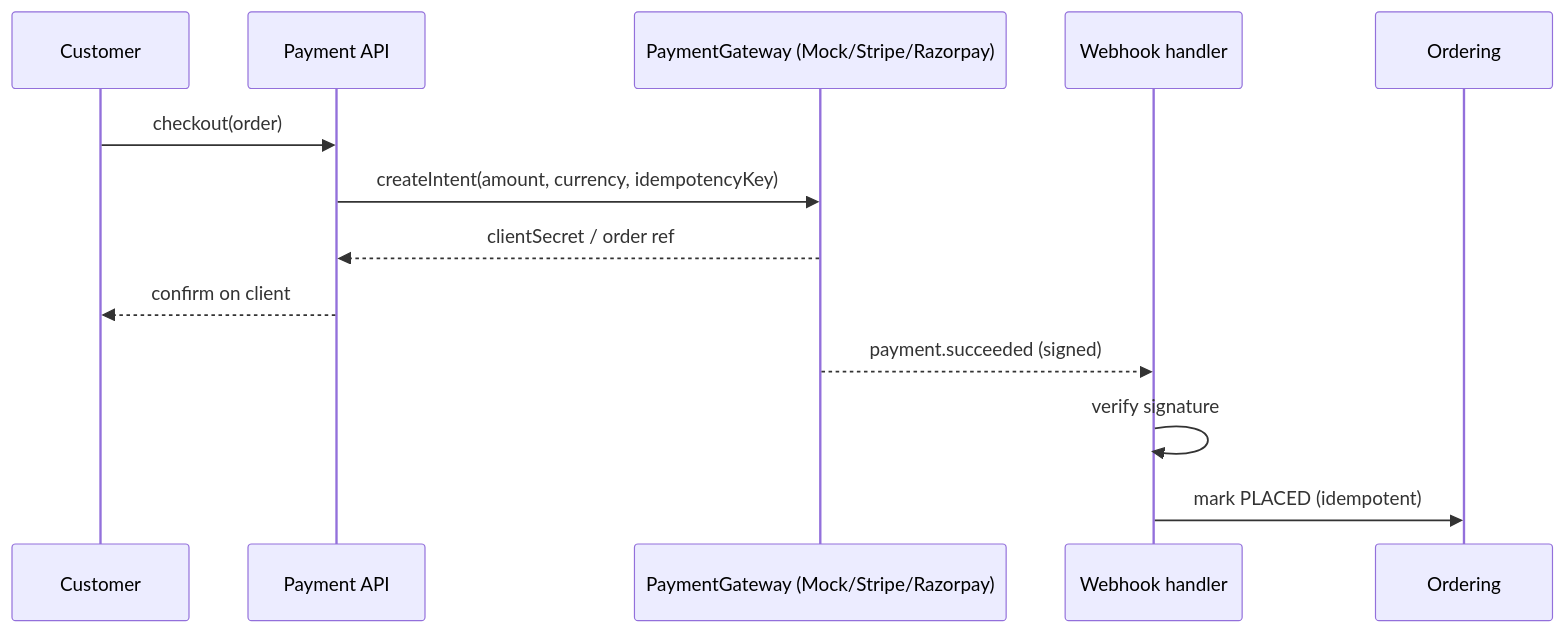
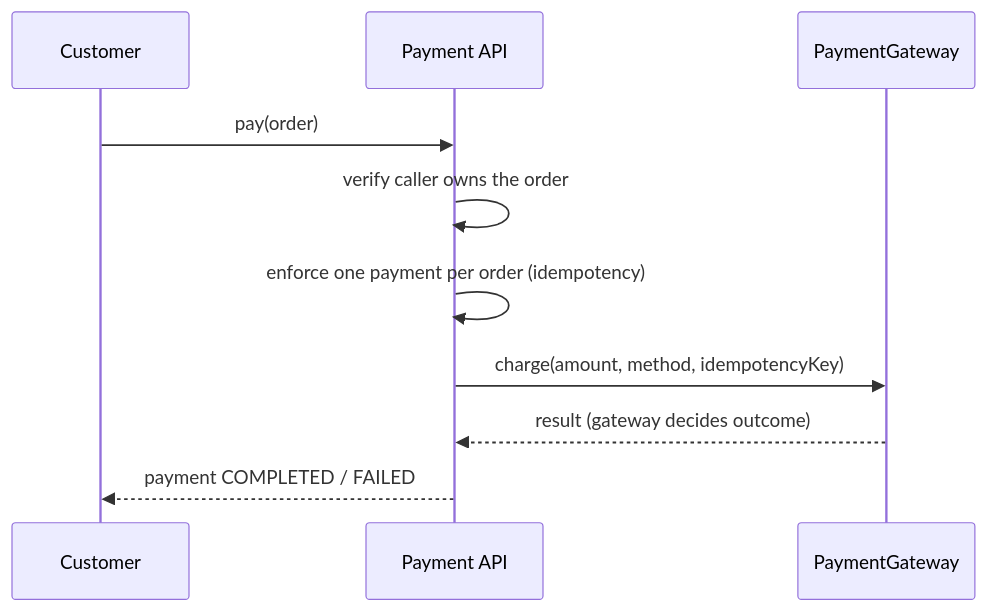
The sixth of 9 diagrams in ARCHITECTURE.md (ManoharEldhandi/OnTheWay), drawn with Mermaid before and after one commit. The commit also changed other lines of this file and 21 other files, not shown here.

````diff
--- a/ARCHITECTURE.md
+++ b/ARCHITECTURE.md
@@ -218,16 +187,13 @@
 ```mermaid
 sequenceDiagram
     participant C as Customer
     participant API as Payment API
-    participant PG as PaymentGateway (Mock/Stripe/Razorpay)
-    participant WH as Webhook handler
-    participant ORD as Ordering
+    participant PG as PaymentGateway
 
-    C->>API: checkout(order)
-    API->>PG: createIntent(amount, currency, idempotencyKey)
-    PG-->>API: clientSecret / order ref
-    API-->>C: confirm on client
-    PG-->>WH: payment.succeeded (signed)
-    WH->>WH: verify signature
-    WH->>ORD: mark PLACED (idempotent)
+    C->>API: pay(order)
+    API->>API: verify caller owns the order
+    API->>API: enforce one payment per order (idempotency)
+    API->>PG: charge(amount, method, idempotencyKey)
+    PG-->>API: result (gateway decides outcome)
+    API-->>C: payment COMPLETED / FAILED
 ```
````
